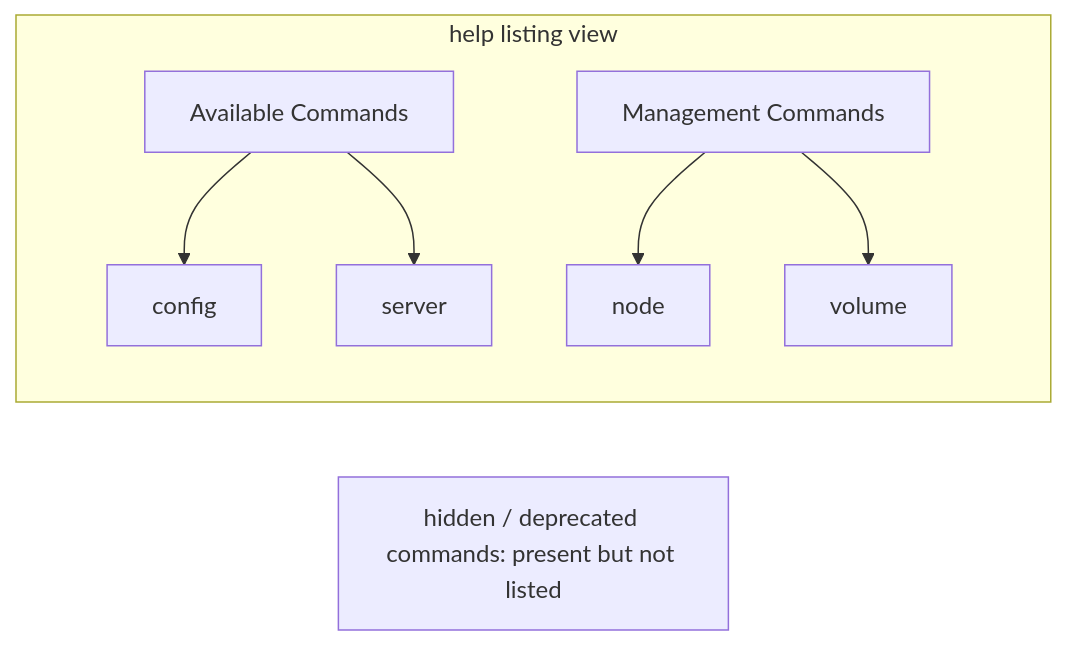
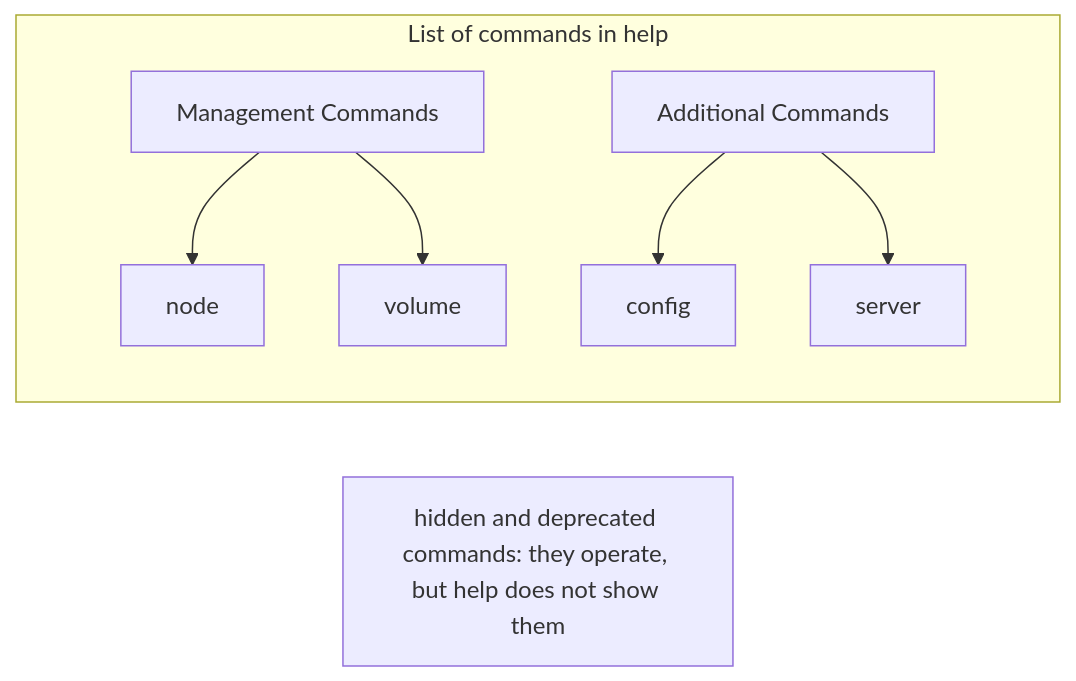
One commit to KeunwooPark/cluedoc changed the third of 4 diagrams in docs/examples/cobra/.cluedoc/command-tree/README.md. Above: the diagram before and after it, drawn with Mermaid. The commit also changed other lines of this file and 22 other files, not shown here.

````diff
--- a/docs/examples/cobra/.cluedoc/command-tree/README.md
+++ b/docs/examples/cobra/.cluedoc/command-tree/README.md
@@ -59,12 +66,12 @@
 ```mermaid
 flowchart LR
-    subgraph "help listing view"
-    G1["Available Commands"]
-    G1 --> s1["config"]
-    G1 --> s2["server"]
-    G2["Management Commands"]
-    G2 --> s3["node"]
-    G2 --> s4["volume"]
+    subgraph LIST ["List of commands in help"]
+    G1["Management Commands"]
+    G1 --> s1["node"]
+    G1 --> s2["volume"]
+    G2["Additional Commands"]
+    G2 --> s3["config"]
+    G2 --> s4["server"]
     end
-    H["hidden / deprecated commands: present but not listed"]
+    H["hidden and deprecated commands: they operate, but help does not show them"]
 ```
````
